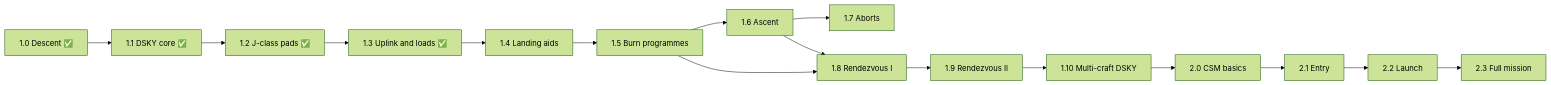
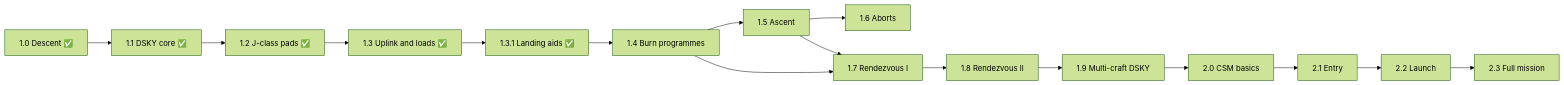
The diagram in ROADMAP.md (EclipticPoyo/apollo-lm-guidance-kos), drawn with Mermaid (forest theme) before and after one commit. The commit also changed other lines of this file and 46 other files, not shown here.

Commit message:
1.3.1: landing aids (alarm facility, KEY REL and flashing requests, radar nouns, P63 start, P64 and J-class displays, P66 to P65, P68), rewritten manual

````diff
--- a/ROADMAP.md
+++ b/ROADMAP.md
@@ -36,18 +36,18 @@
 ```mermaid
 flowchart LR
     v10["1.0 Descent ✅"] --> v11["1.1 DSKY core ✅"]
     v11 --> v12["1.2 J-class pads ✅"]
     v12 --> v13["1.3 Uplink and loads ✅"]
-    v13 --> v14["1.4 Landing aids"]
-    v14 --> v15["1.5 Burn programmes"]
-    v15 --> v16["1.6 Ascent"]
-    v16 --> v17["1.7 Aborts"]
-    v15 --> v18["1.8 Rendezvous I"]
-    v16 --> v18
-    v18 --> v19["1.9 Rendezvous II"]
-    v19 --> v110["1.10 Multi-craft DSKY"]
-    v110 --> v20["2.0 CSM basics"]
+    v13 --> v131["1.3.1 Landing aids ✅"]
+    v131 --> v14["1.4 Burn programmes"]
+    v14 --> v15["1.5 Ascent"]
+    v15 --> v16["1.6 Aborts"]
+    v14 --> v17["1.7 Rendezvous I"]
+    v15 --> v17
+    v17 --> v18["1.8 Rendezvous II"]
+    v18 --> v19["1.9 Multi-craft DSKY"]
+    v19 --> v20["2.0 CSM basics"]
     v20 --> v21["2.1 Entry"]
     v21 --> v22["2.2 Launch"]
     v22 --> v23["2.3 Full mission"]
 ```
````
